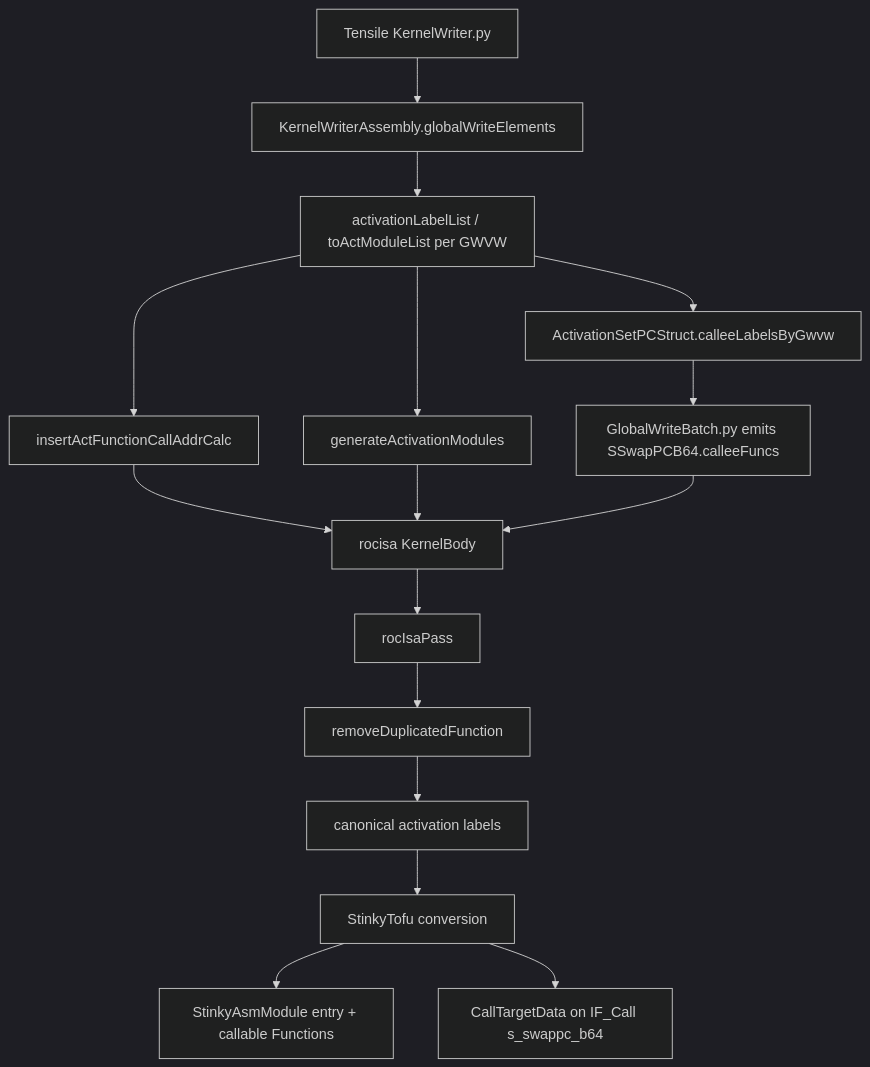
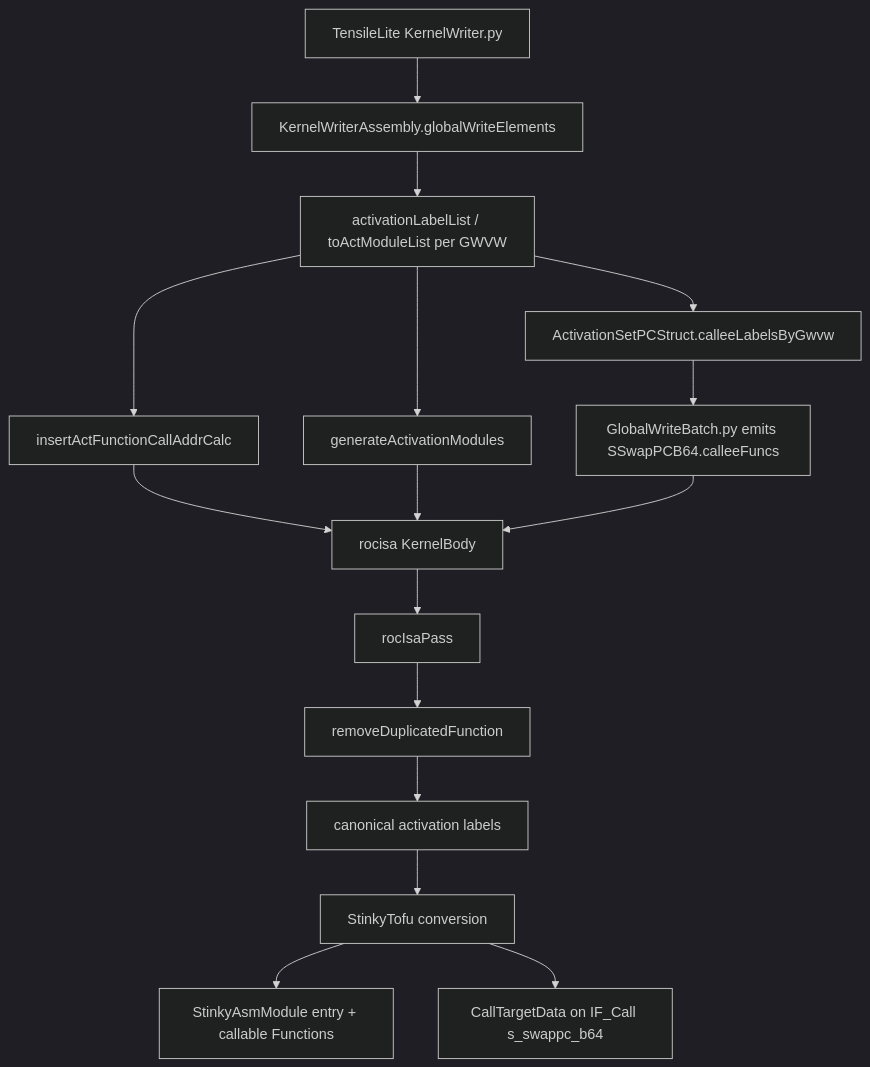
The diagram in shared/stinkytofu/docs/user/long-branch-cfg.md (BlivionIaG/rocm-libraries), drawn with Mermaid (dark theme) before and after one commit. The commit also changed other lines of this file and 41 other files, not shown here.

````diff
--- a/shared/stinkytofu/docs/user/long-branch-cfg.md
+++ b/shared/stinkytofu/docs/user/long-branch-cfg.md
@@ -269,18 +269,18 @@
 ```mermaid
 flowchart TD
-  kw["Tensile KernelWriter.py"] --> gwe["KernelWriterAssembly.globalWriteElements"]
+  kw["TensileLite KernelWriter.py"] --> gwe["KernelWriterAssembly.globalWriteElements"]
   gwe --> labels["activationLabelList / toActModuleList per GWVW"]
   labels --> addr["insertActFunctionCallAddrCalc"]
   labels --> bodies["generateActivationModules"]
   labels --> setpc["ActivationSetPCStruct.calleeLabelsByGwvw"]
   setpc --> gwb["GlobalWriteBatch.py emits SSwapPCB64.calleeFuncs"]
   addr --> body["rocisa KernelBody"]
   bodies --> body
   gwb --> body
   body --> pass["rocIsaPass"]
   pass --> remove["removeDuplicatedFunction"]
   remove --> canon["canonical activation labels"]
   canon --> st["StinkyTofu conversion"]
   st --> funcs["StinkyAsmModule entry + callable Functions"]
   st --> call["CallTargetData on IF_Call s_swappc_b64"]
 ```
````
